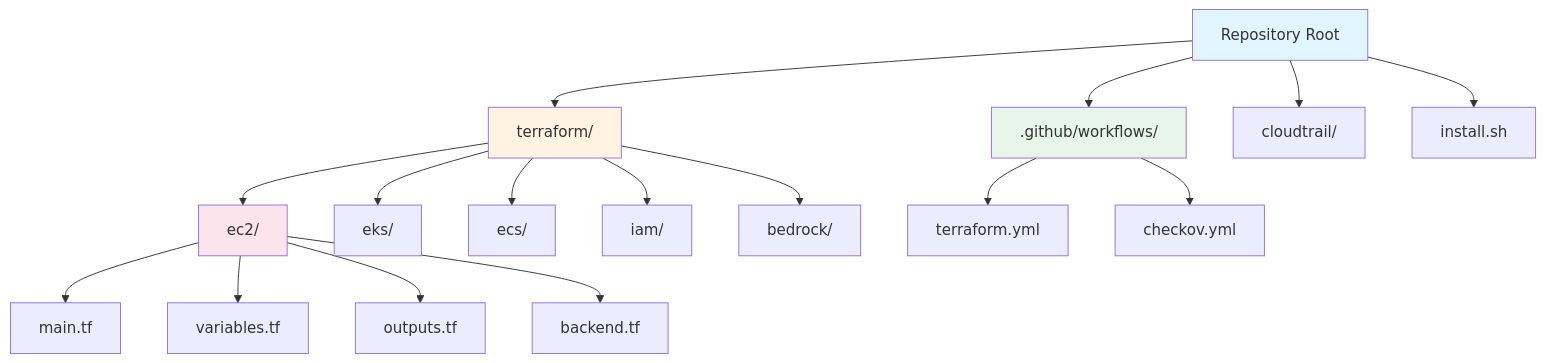
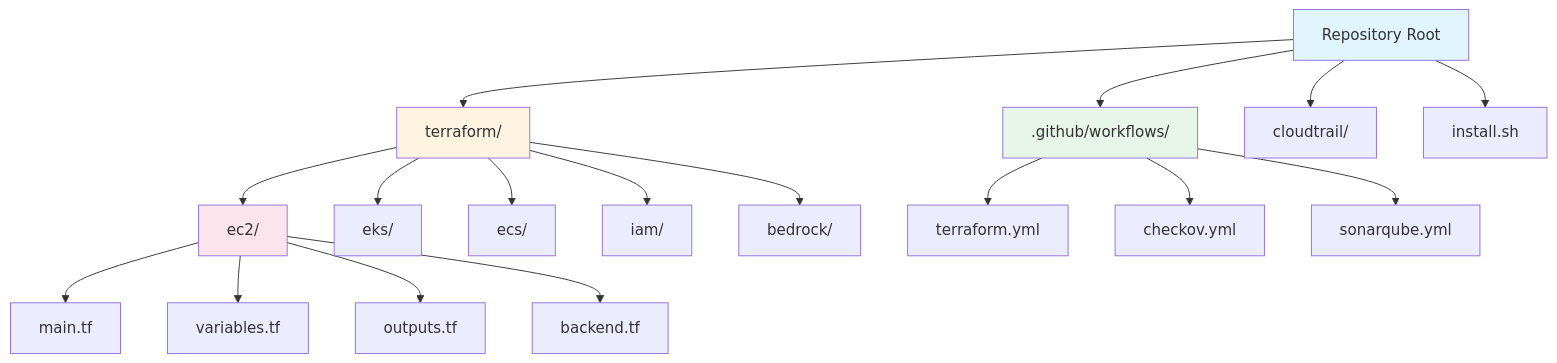
The first of 15 diagrams in DIAGRAMS.md (vegatros/repo1), drawn with Mermaid before and after one commit. The commit also changed other lines of this file, not shown here.

Commit message:
Add SonarCloud to diagrams

````diff
--- a/DIAGRAMS.md
+++ b/DIAGRAMS.md
@@ -17,26 +18,27 @@
 ```mermaid
 graph TD
     A[Repository Root] --> B[terraform/]
     A --> C[.github/workflows/]
     A --> D[cloudtrail/]
     A --> E[install.sh]
     
     B --> B1[ec2/]
     B --> B2[eks/]
     B --> B3[ecs/]
     B --> B4[iam/]
     B --> B5[bedrock/]
     
     B1 --> B1A[main.tf]
     B1 --> B1B[variables.tf]
     B1 --> B1C[outputs.tf]
     B1 --> B1D[backend.tf]
     
     C --> C1[terraform.yml]
     C --> C2[checkov.yml]
+    C --> C3[sonarqube.yml]
     
     style A fill:#e1f5ff
     style B fill:#fff4e1
     style C fill:#e8f5e9
     style B1 fill:#fce4ec
 ```
````
